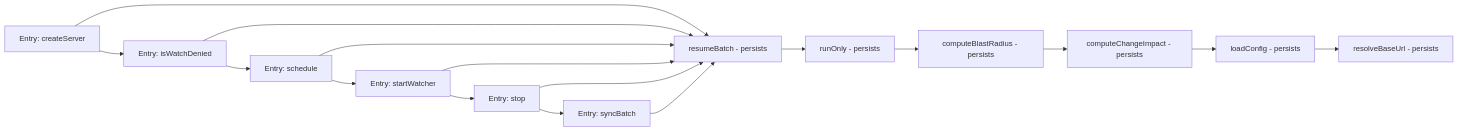
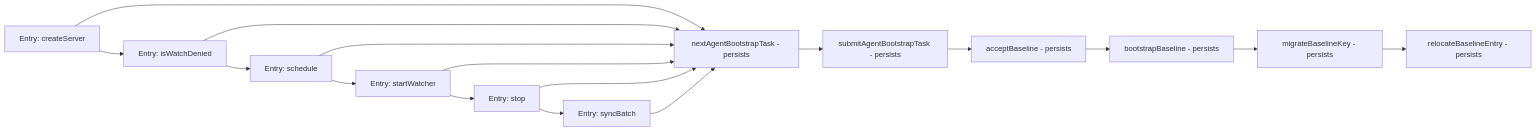
The diagram in livewiki/diagrams/flow-mcp-src-to-llm.mmd (eduardoabreu81/livewiki), drawn with Mermaid before and after one commit. The commit also changed 40 other files, not shown here.

```diff
--- a/livewiki/diagrams/flow-mcp-src-to-llm.mmd
+++ b/livewiki/diagrams/flow-mcp-src-to-llm.mmd
@@ -1,17 +1,17 @@
 flowchart LR
-  n0[Entry: createServer] --> n6[resumeBatch - persists]
-  n1[Entry: isWatchDenied] --> n6[resumeBatch - persists]
-  n2[Entry: schedule] --> n6[resumeBatch - persists]
-  n3[Entry: startWatcher] --> n6[resumeBatch - persists]
-  n4[Entry: stop] --> n6[resumeBatch - persists]
-  n5[Entry: syncBatch] --> n6[resumeBatch - persists]
-  n6[resumeBatch - persists] --> n7[runOnly - persists]
-  n7[runOnly - persists] --> n8[computeBlastRadius - persists]
-  n8[computeBlastRadius - persists] --> n9[computeChangeImpact - persists]
-  n9[computeChangeImpact - persists] --> n10[loadConfig - persists]
-  n10[loadConfig - persists] --> n11[resolveBaseUrl - persists]
+  n0[Entry: createServer] --> n6[nextAgentBootstrapTask - persists]
+  n1[Entry: isWatchDenied] --> n6[nextAgentBootstrapTask - persists]
+  n2[Entry: schedule] --> n6[nextAgentBootstrapTask - persists]
+  n3[Entry: startWatcher] --> n6[nextAgentBootstrapTask - persists]
+  n4[Entry: stop] --> n6[nextAgentBootstrapTask - persists]
+  n5[Entry: syncBatch] --> n6[nextAgentBootstrapTask - persists]
+  n6[nextAgentBootstrapTask - persists] --> n7[submitAgentBootstrapTask - persists]
+  n7[submitAgentBootstrapTask - persists] --> n8[acceptBaseline - persists]
+  n8[acceptBaseline - persists] --> n9[bootstrapBaseline - persists]
+  n9[bootstrapBaseline - persists] --> n10[migrateBaselineKey - persists]
+  n10[migrateBaselineKey - persists] --> n11[relocateBaselineEntry - persists]
   n0[Entry: createServer] --> n1[Entry: isWatchDenied]
   n1[Entry: isWatchDenied] --> n2[Entry: schedule]
   n2[Entry: schedule] --> n3[Entry: startWatcher]
   n3[Entry: startWatcher] --> n4[Entry: stop]
   n4[Entry: stop] --> n5[Entry: syncBatch]
```
